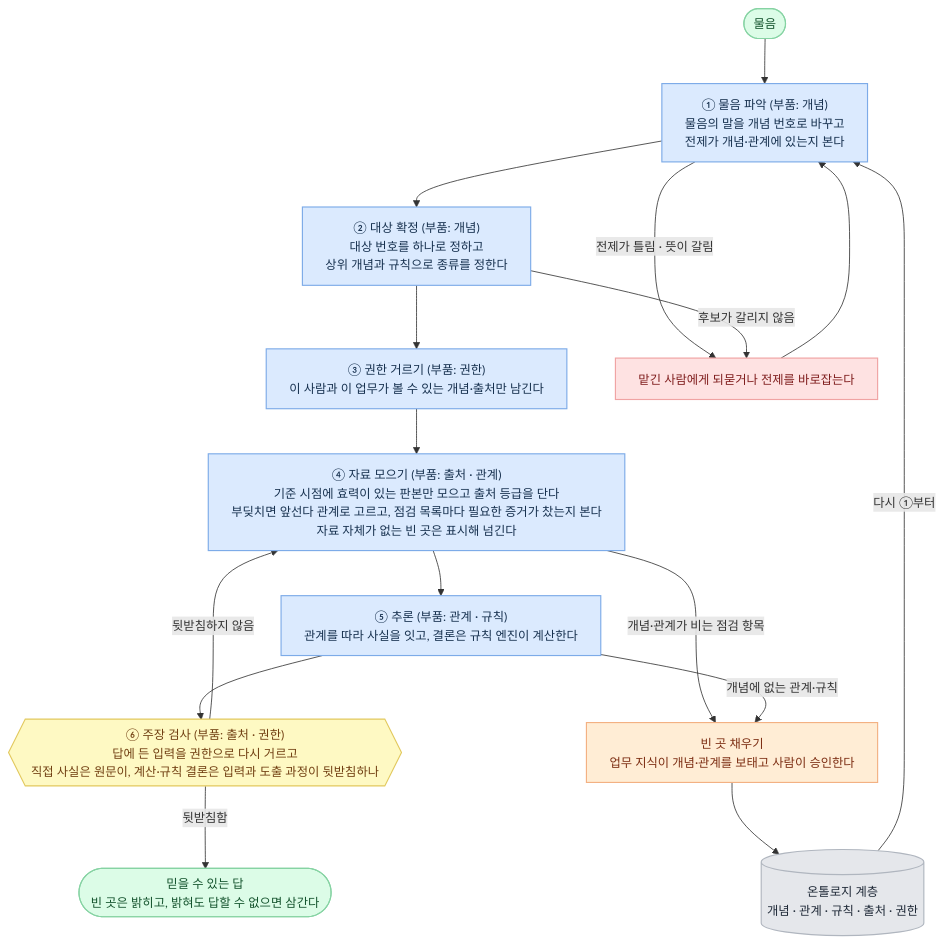
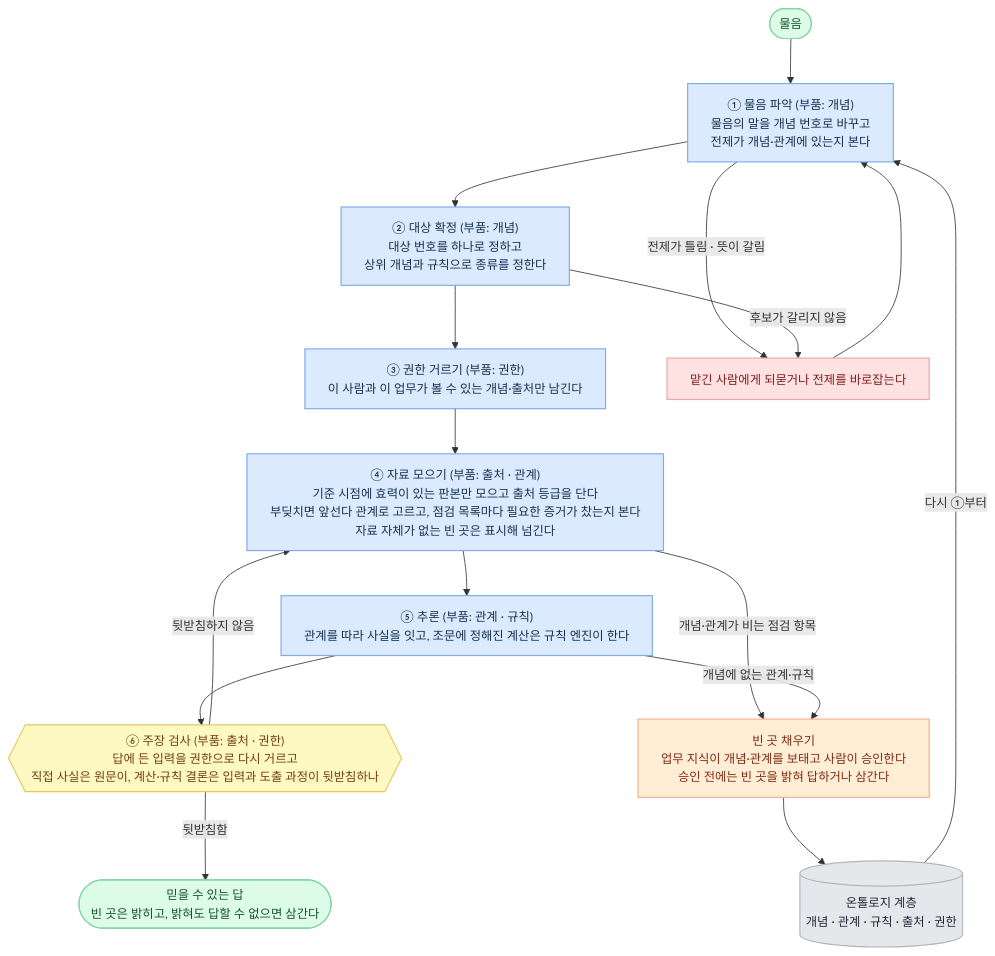
One commit to harisbaguette/expert changed the seventh of 7 diagrams in 전문가 에이전트 정의 1.md. Above: the diagram before and after it, drawn with Mermaid. The commit also changed other lines of this file and 1 other file, not shown here.

````diff
--- a/전문가 에이전트 정의 1.md
+++ b/전문가 에이전트 정의 1.md
@@ -1241,33 +1236,33 @@
 ```mermaid
 %%{init: {"flowchart": {"wrappingWidth": 640, "curve": "basis", "nodeSpacing": 45, "rankSpacing": 55, "padding": 14, "useMaxWidth": true}, "themeVariables": {"fontSize": "15px"}} }%%
 flowchart TB
     Q(["물음"]):::good
     P["① 물음 파악 (부품: 개념)<br/>물음의 말을 개념 번호로 바꾸고<br/>전제가 개념·관계에 있는지 본다"]:::main
     T["② 대상 확정 (부품: 개념)<br/>대상 번호를 하나로 정하고<br/>상위 개념과 규칙으로 종류를 정한다"]:::main
     R["③ 권한 거르기 (부품: 권한)<br/>이 사람과 이 업무가 볼 수 있는 개념·출처만 남긴다"]:::main
     D["④ 자료 모으기 (부품: 출처 · 관계)<br/>기준 시점에 효력이 있는 판본만 모으고 출처 등급을 단다<br/>부딪치면 앞선다 관계로 고르고, 점검 목록마다 필요한 증거가 찼는지 본다<br/>자료 자체가 없는 빈 곳은 표시해 넘긴다"]:::main
-    I["⑤ 추론 (부품: 관계 · 규칙)<br/>관계를 따라 사실을 잇고, 결론은 규칙 엔진이 계산한다"]:::main
+    I["⑤ 추론 (부품: 관계 · 규칙)<br/>관계를 따라 사실을 잇고, 조문에 정해진 계산은 규칙 엔진이 한다"]:::main
     C{{"⑥ 주장 검사 (부품: 출처 · 권한)<br/>답에 든 입력을 권한으로 다시 거르고<br/>직접 사실은 원문이, 계산·규칙 결론은 입력과 도출 과정이 뒷받침하나"}}:::note
     A(["믿을 수 있는 답<br/>빈 곳은 밝히고, 밝혀도 답할 수 없으면 삼간다"]):::good
     ASK["맡긴 사람에게 되묻거나 전제를 바로잡는다"]:::stop
-    GAP["빈 곳 채우기<br/>업무 지식이 개념·관계를 보태고 사람이 승인한다"]:::back
+    GAP["빈 곳 채우기<br/>업무 지식이 개념·관계를 보태고 사람이 승인한다<br/>승인 전에는 빈 곳을 밝혀 답하거나 삼간다"]:::back
     ONT[("온톨로지 계층<br/>개념 · 관계 · 규칙 · 출처 · 권한")]:::store
 
     Q --> P --> T --> R --> D --> I --> C
     C -- "뒷받침함" --> A
     P -- "전제가 틀림 · 뜻이 갈림" --> ASK
     T -- "후보가 갈리지 않음" --> ASK
     ASK --> P
     C -- "뒷받침하지 않음" --> D
     D -- "개념·관계가 비는 점검 항목" --> GAP
     I -- "개념에 없는 관계·규칙" --> GAP
     GAP --> ONT
     ONT -- "다시 ①부터" --> P
 
     classDef main fill:#dbeafe,stroke:#7dabe8,stroke-width:1.4px,color:#17314f
     classDef stop fill:#fee2e2,stroke:#f0a3a3,stroke-width:1.4px,color:#7f1d1d
     classDef back fill:#ffedd5,stroke:#f3b183,stroke-width:1.4px,color:#7c2d12
     classDef store fill:#e5e7eb,stroke:#b0b6bf,stroke-width:1.4px,color:#1f2937
     classDef good fill:#dcfce7,stroke:#86d3a3,stroke-width:1.4px,color:#14532d
     classDef note fill:#fef9c3,stroke:#e2c95f,stroke-width:1.4px,color:#713f12
 ```
````
